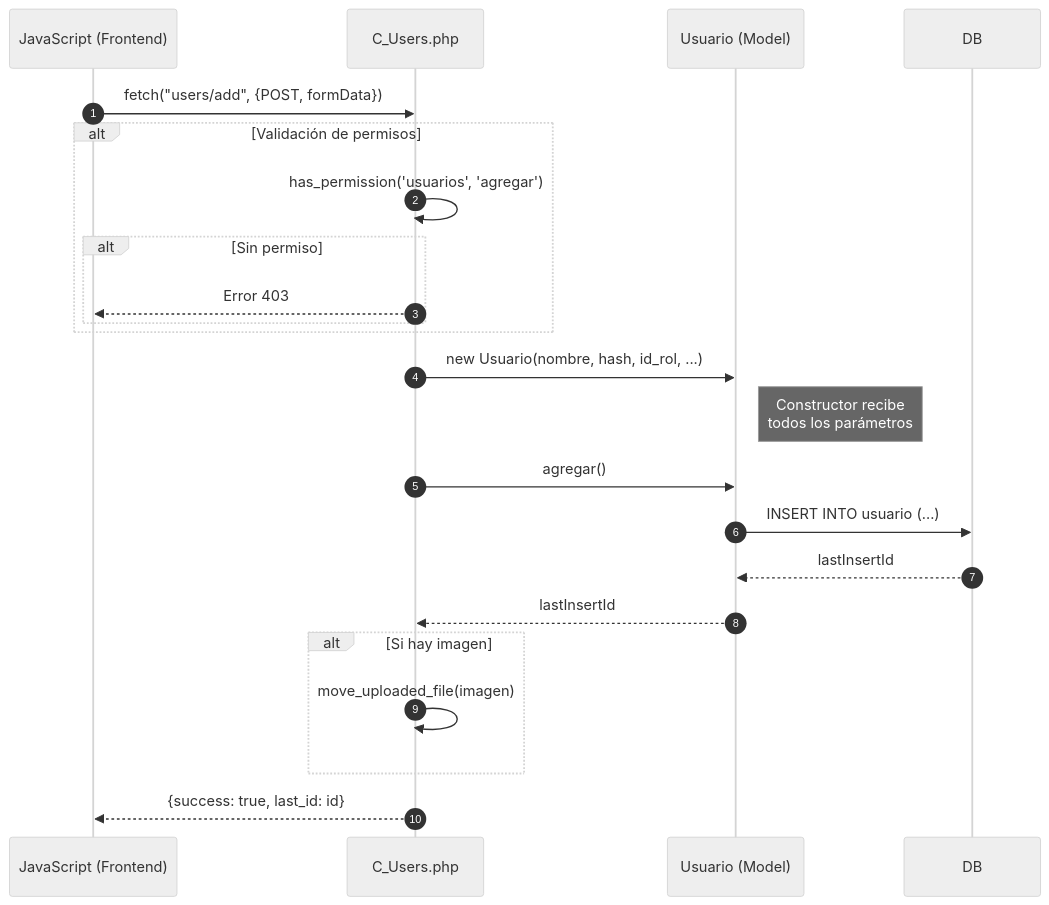
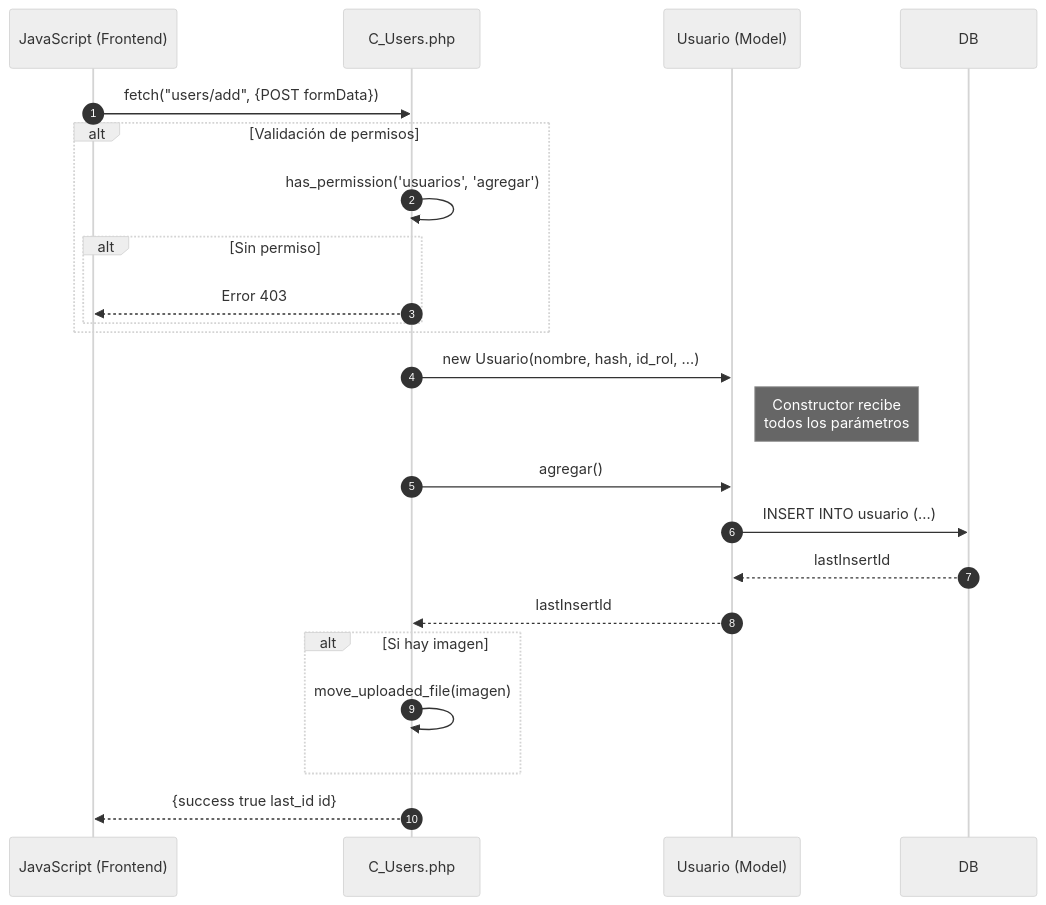
The first of 6 diagrams in docs/secuencia/usuarios/usuarios.md (Tecrato/BurgerHouse), drawn with Mermaid (neutral theme) before and after one commit. The commit also changed other lines of this file and 13 other files, not shown here.

Commit message:
diagramas de secuencia

````diff
--- a/docs/secuencia/usuarios/usuarios.md
+++ b/docs/secuencia/usuarios/usuarios.md
@@ -5,30 +5,30 @@
 ```mermaid
 sequenceDiagram
     autonumber
     participant JS as JavaScript (Frontend)
     participant C_Users as C_Users.php
     participant Usuario as Usuario (Model)
     
-    JS->>C_Users: fetch("users/add", {POST, formData})
+    JS->>C_Users: fetch("users/add", {POST formData})
     
     alt Validación de permisos
         C_Users->>C_Users: has_permission('usuarios', 'agregar')
         alt Sin permiso
             C_Users-->>JS: Error 403
         end
     end
     
     C_Users->>Usuario: new Usuario(nombre, hash, id_rol, ...)
     Note right of Usuario: Constructor recibe<br/>todos los parámetros
     
     C_Users->>Usuario: agregar()
     Usuario->>DB: INSERT INTO usuario (...)
     DB-->>Usuario: lastInsertId
     Usuario-->>C_Users: lastInsertId
     
     alt Si hay imagen
         C_Users->>C_Users: move_uploaded_file(imagen)
     end
     
-    C_Users-->>JS: {success: true, last_id: id}
+    C_Users-->>JS: {success true last_id id}
 ```
````
